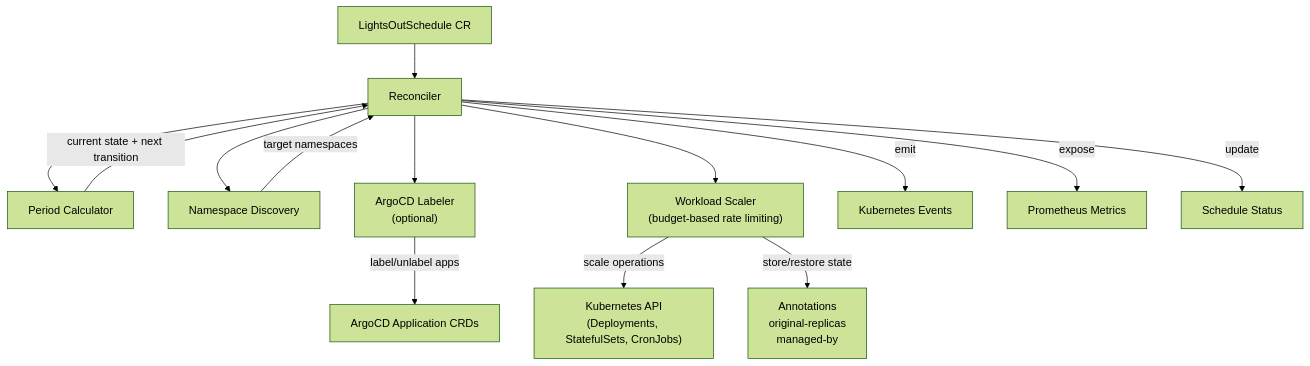
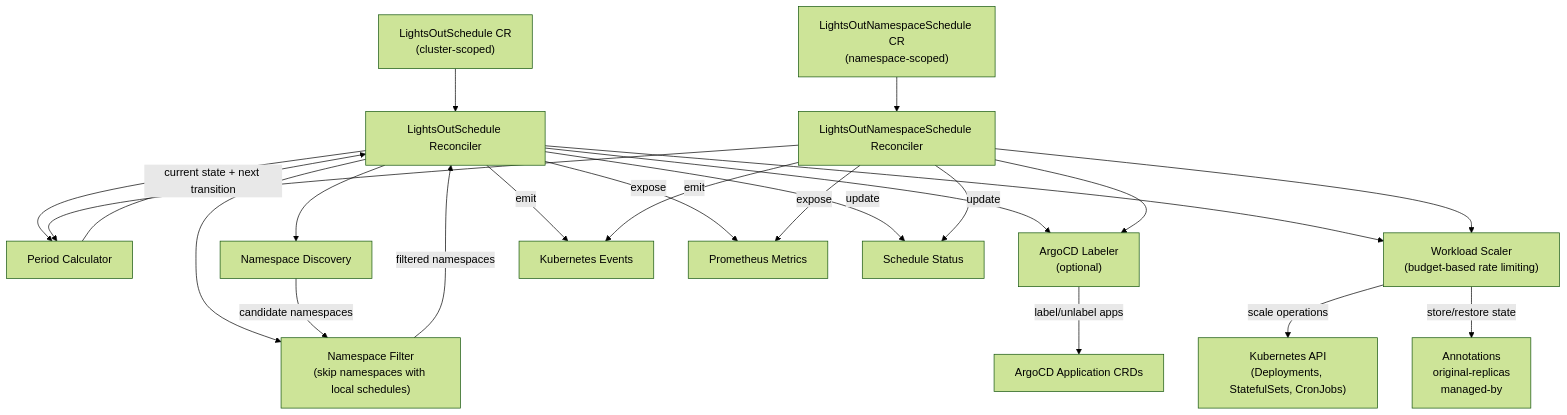
One commit to gjorgji-ts/lightsout changed the second of 2 diagrams in docs/architecture.md. Above: the diagram before and after it, drawn with Mermaid (forest theme). The commit also changed other lines of this file and 4 other files, not shown here.

````diff
--- a/docs/architecture.md
+++ b/docs/architecture.md
@@ -41,16 +41,25 @@
 ```mermaid
 flowchart TD
-    CR["LightsOutSchedule CR"] --> R["Reconciler"]
+    CR["LightsOutSchedule CR<br/>(cluster-scoped)"] --> R["LightsOutSchedule Reconciler"]
+    NSCR["LightsOutNamespaceSchedule CR<br/>(namespace-scoped)"] --> NSR["LightsOutNamespaceSchedule Reconciler"]
     R --> PC["Period Calculator"]
     R --> ND["Namespace Discovery"]
+    R --> NF["Namespace Filter<br/>(skip namespaces with local schedules)"]
     PC -->|"current state + next transition"| R
-    ND -->|"target namespaces"| R
+    ND -->|"candidate namespaces"| NF
+    NF -->|"filtered namespaces"| R
+    NSR --> PC
     R --> AL["ArgoCD Labeler<br/>(optional)"]
+    NSR --> AL
     R --> WS["Workload Scaler<br/>(budget-based rate limiting)"]
+    NSR --> WS
     AL -->|"label/unlabel apps"| ArgoCD["ArgoCD Application CRDs"]
     WS -->|"scale operations"| K8s["Kubernetes API<br/>(Deployments, StatefulSets, CronJobs)"]
     WS -->|"store/restore state"| Ann["Annotations<br/>original-replicas<br/>managed-by"]
     R -->|"emit"| Ev["Kubernetes Events"]
+    NSR -->|"emit"| Ev
     R -->|"expose"| Met["Prometheus Metrics"]
+    NSR -->|"expose"| Met
     R -->|"update"| Status["Schedule Status"]
+    NSR -->|"update"| Status
 ```
````
